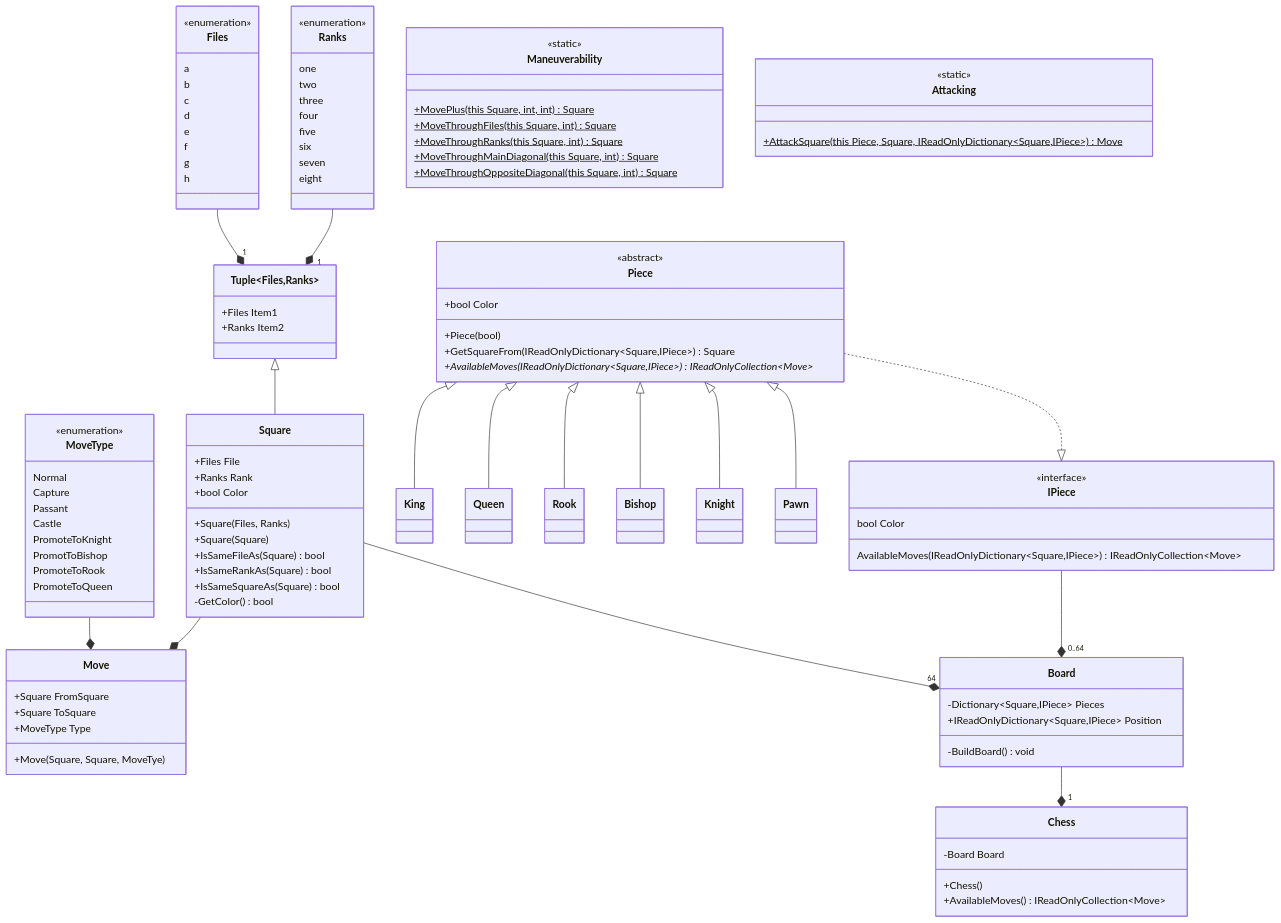
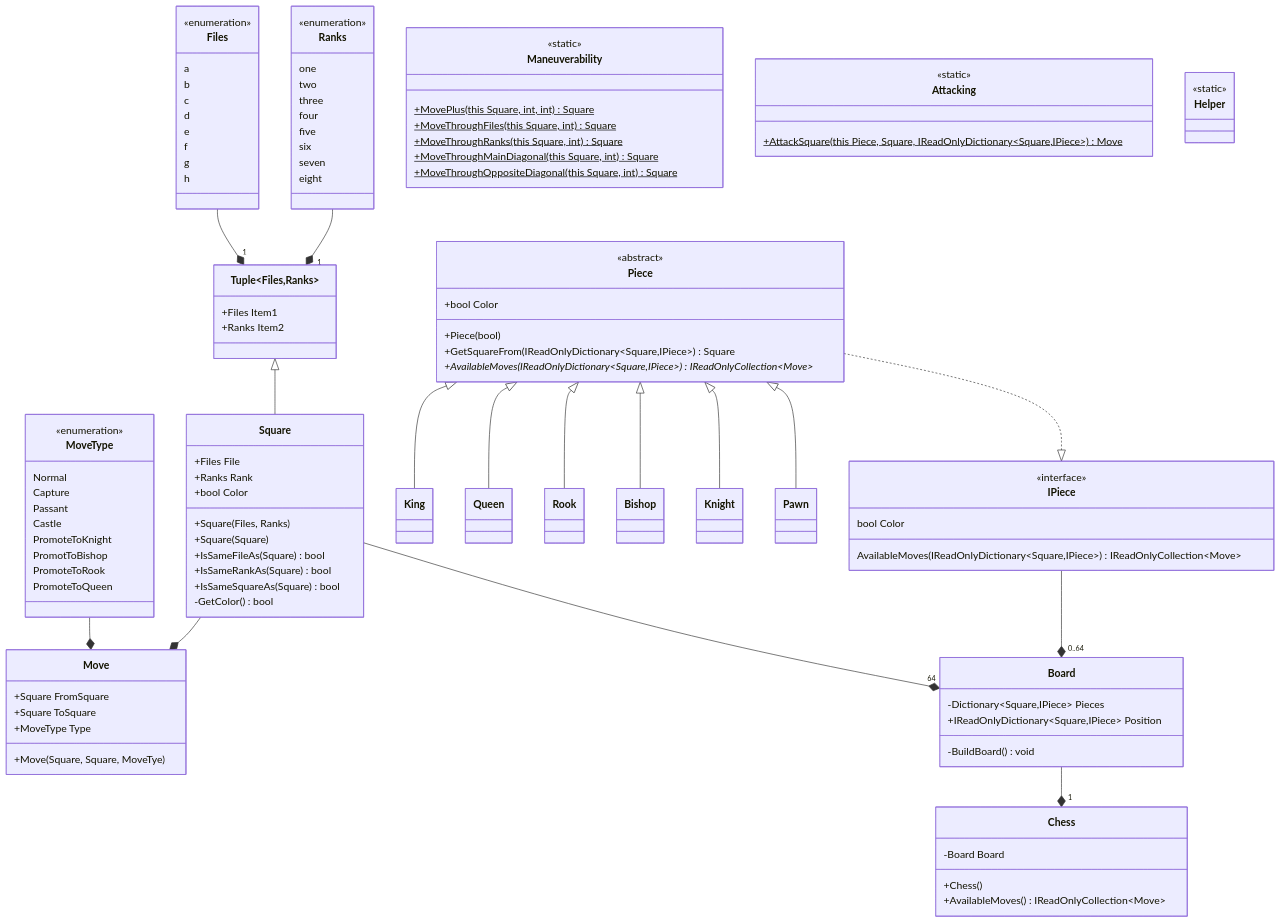
Before and after one commit to JeanLColombo/Mate: the diagram in UML Diagram/Core/Core.md, drawn with Mermaid. The commit also changed 3 other files, not shown here.

```diff
--- a/UML Diagram/Core/Core.md
+++ b/UML Diagram/Core/Core.md
@@ -100,6 +100,9 @@
         <<static>>
         +AttackSquare(this Piece, Square, IReadOnlyDictionary~Square,IPiece~)$ Move
     }
+    class Helper{
+        <<static>>
+    }
     Ranks --* "1"  Tuple~Files,Ranks~
     Files --* "1"  Tuple~Files,Ranks~
     Tuple~Files,Ranks~ <|-- Square
```
